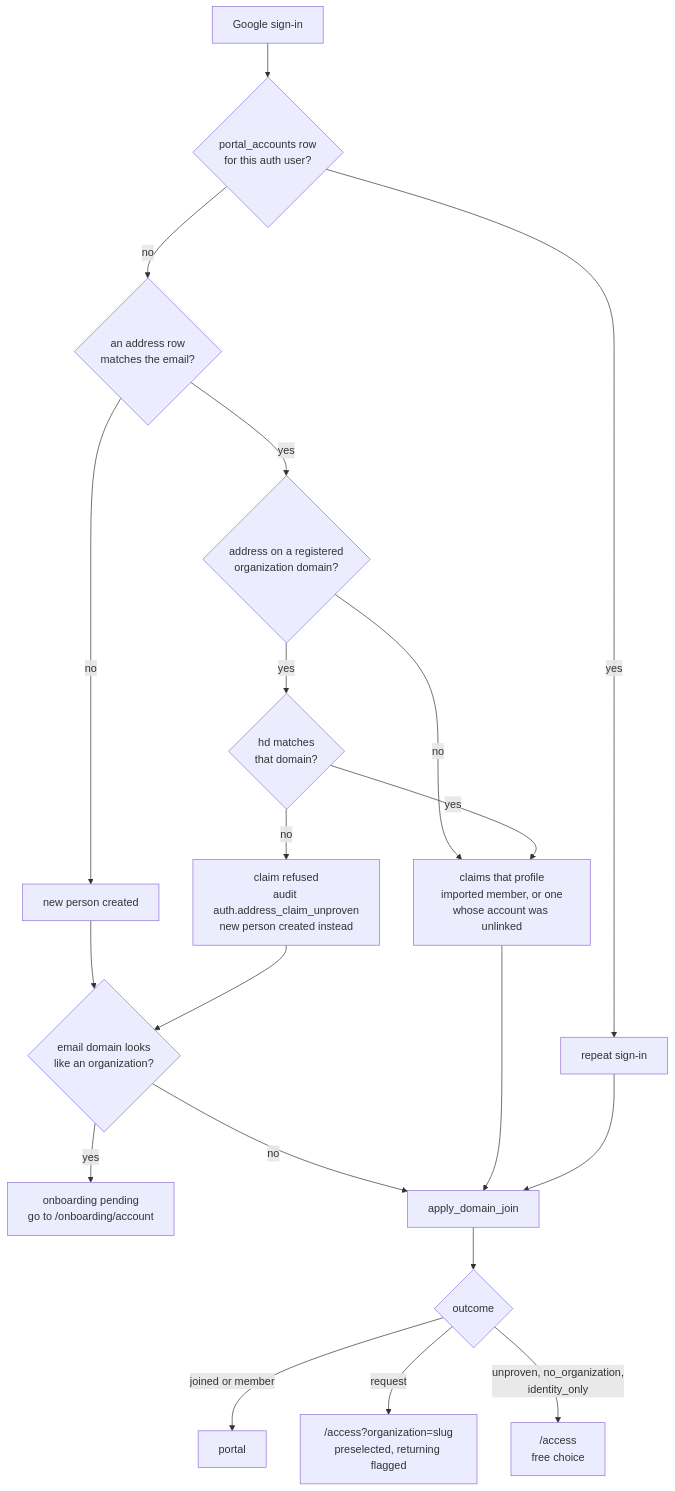
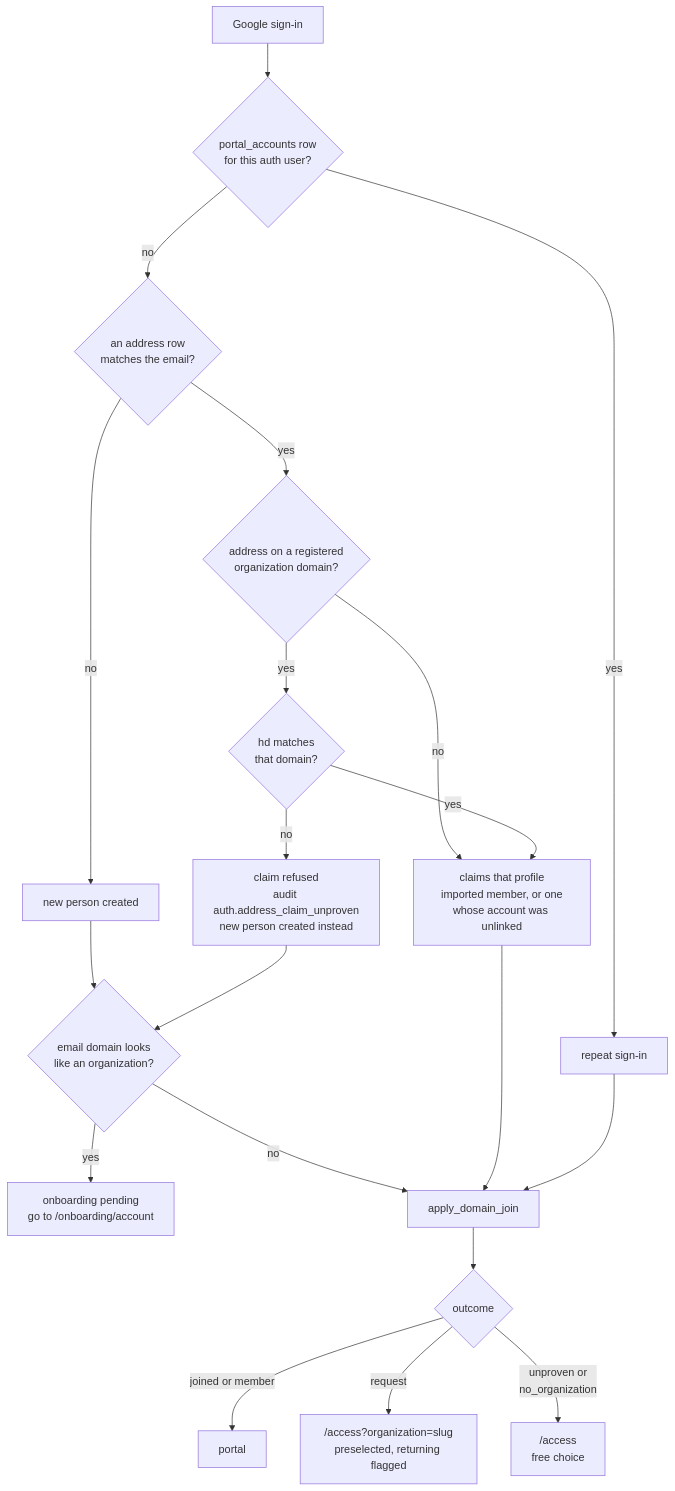
Before and after one commit to NORSTEC/intranet: the second of 7 diagrams in docs/identity-flows.md, drawn with Mermaid. The commit also changed other lines of this file and 4 other files, not shown here.

````diff
--- a/docs/identity-flows.md
+++ b/docs/identity-flows.md
@@ -60,25 +59,25 @@
 ```mermaid
 flowchart TD
     A["Google sign-in"] --> B{"portal_accounts row<br/>for this auth user?"}
     B -- "yes" --> R["repeat sign-in"]
     B -- "no" --> C{"an address row<br/>matches the email?"}
 
     C -- "no" --> N["new person created"]
     C -- "yes" --> D{"address on a registered<br/>organization domain?"}
     D -- "no" --> P["claims that profile<br/>imported member, or one<br/>whose account was unlinked"]
     D -- "yes" --> E{"hd matches<br/>that domain?"}
     E -- "yes" --> P
     E -- "no" --> F["claim refused<br/>audit auth.address_claim_unproven<br/>new person created instead"]
 
     N --> G{"email domain looks<br/>like an organization?"}
     F --> G
     G -- "yes" --> H["onboarding pending<br/>go to /onboarding/account"]
     G -- "no" --> I["apply_domain_join"]
     P --> I
     R --> I
 
     I --> J{"outcome"}
     J -- "joined or member" --> K["portal"]
     J -- "request" --> L["/access?organization=slug<br/>preselected, returning flagged"]
-    J -- "unproven, no_organization,<br/>identity_only" --> M["/access<br/>free choice"]
+    J -- "unproven or<br/>no_organization" --> M["/access<br/>free choice"]
 ```
````
